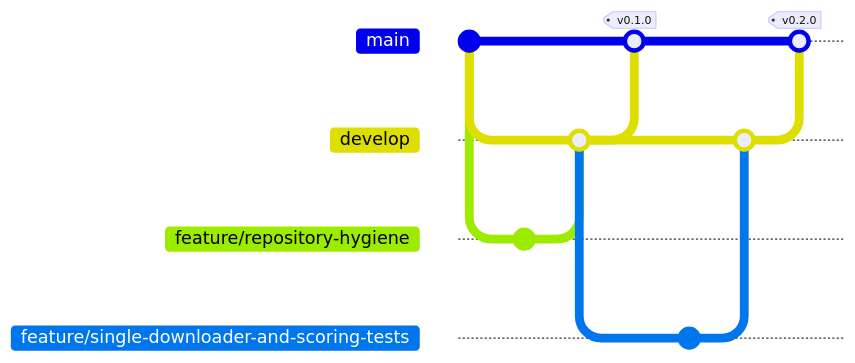
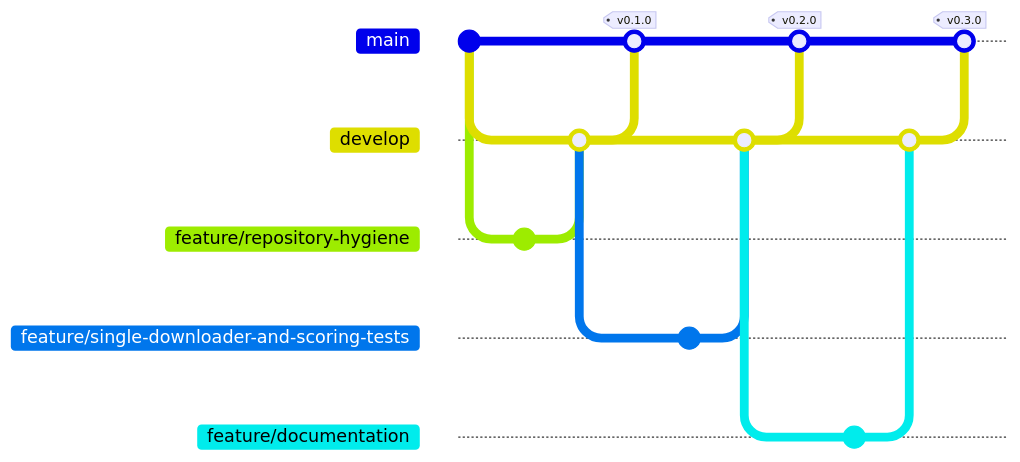
Before and after one commit to danielyatacoblas/omni-ppe: the second of 2 diagrams in README.md, drawn with Mermaid. The commit also changed other lines of this file and 1 other file, not shown here. Commit ids are hidden.

Commit message:
docs: regenerate the branch diagram after the release merge
The block quotes counts read from the history, so committing it necessarily
changes what it counts. It is generated last and says "al generar este bloque"
rather than pretending to be live -- a number that drifts silently is worse
than one that says when it was taken.

````diff
--- a/README.md
+++ b/README.md
@@ -144,21 +144,29 @@
 ```mermaid
 gitGraph
    commit id: "import"
    branch develop
    checkout develop
    branch feature/repository-hygiene
    checkout feature/repository-hygiene
    commit
    checkout develop
    merge feature/repository-hygiene
    checkout main
    merge develop tag: "v0.1.0"
    checkout develop
    branch feature/single-downloader-and-scoring-tests
    checkout feature/single-downloader-and-scoring-tests
    commit
    checkout develop
    merge feature/single-downloader-and-scoring-tests
    checkout main
    merge develop tag: "v0.2.0"
+   checkout develop
+   branch feature/documentation
+   checkout feature/documentation
+   commit
+   checkout develop
+   merge feature/documentation
+   checkout main
+   merge develop tag: "v0.3.0"
 ```
````
